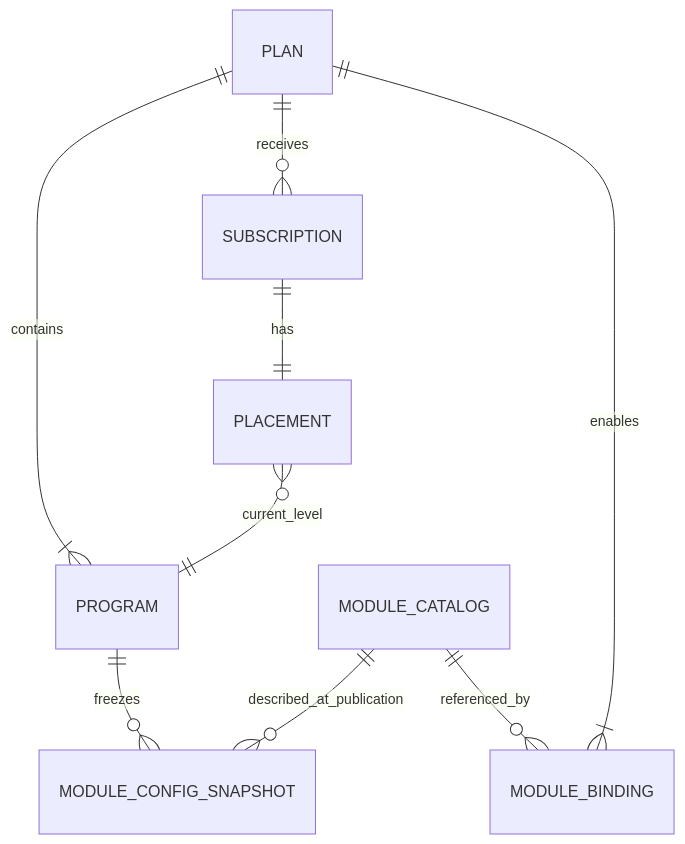
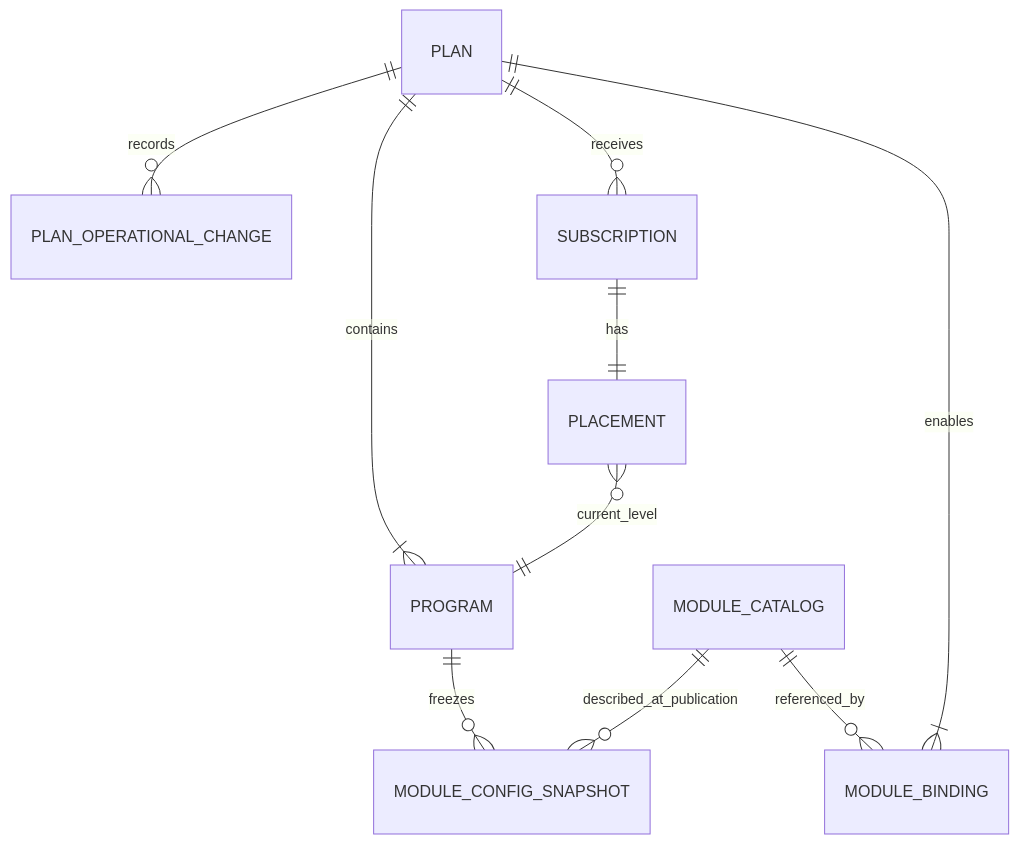
The diagram in docs/bds/plans-and-subscriptions.bds.md (MMTech-Solutions/ib-service), drawn with Mermaid before and after one commit. The commit also changed other lines of this file and 101 other files, not shown here.

````diff
--- a/docs/bds/plans-and-subscriptions.bds.md
+++ b/docs/bds/plans-and-subscriptions.bds.md
@@ -32,11 +36,12 @@
 ```mermaid
 erDiagram
     MODULE_CATALOG ||--o{ MODULE_BINDING : referenced_by
     PLAN ||--|{ PROGRAM : contains
     PLAN ||--|{ MODULE_BINDING : enables
+    PLAN ||--o{ PLAN_OPERATIONAL_CHANGE : records
     PROGRAM ||--o{ MODULE_CONFIG_SNAPSHOT : freezes
     MODULE_CATALOG ||--o{ MODULE_CONFIG_SNAPSHOT : described_at_publication
     PLAN ||--o{ SUBSCRIPTION : receives
     SUBSCRIPTION ||--|| PLACEMENT : has
     PLACEMENT }o--|| PROGRAM : current_level
 ```
````
